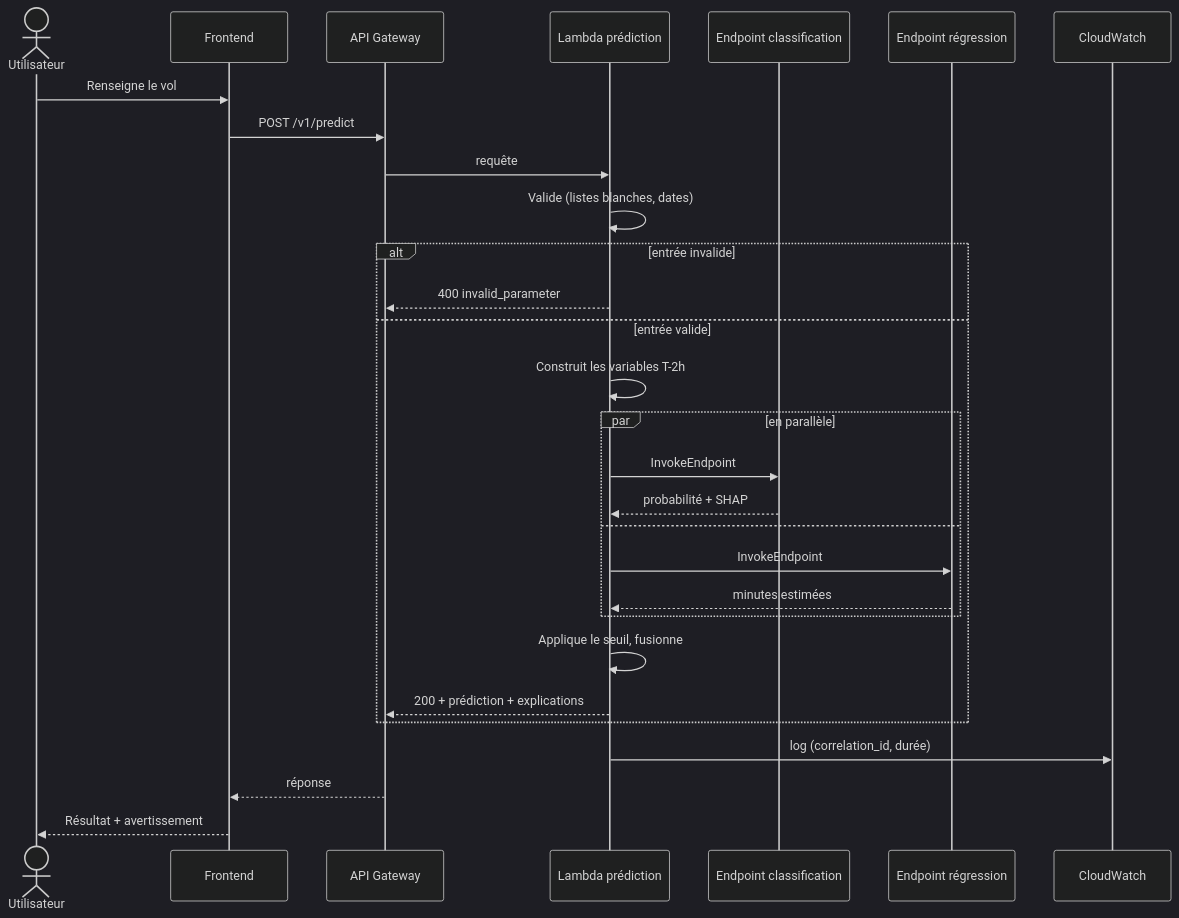
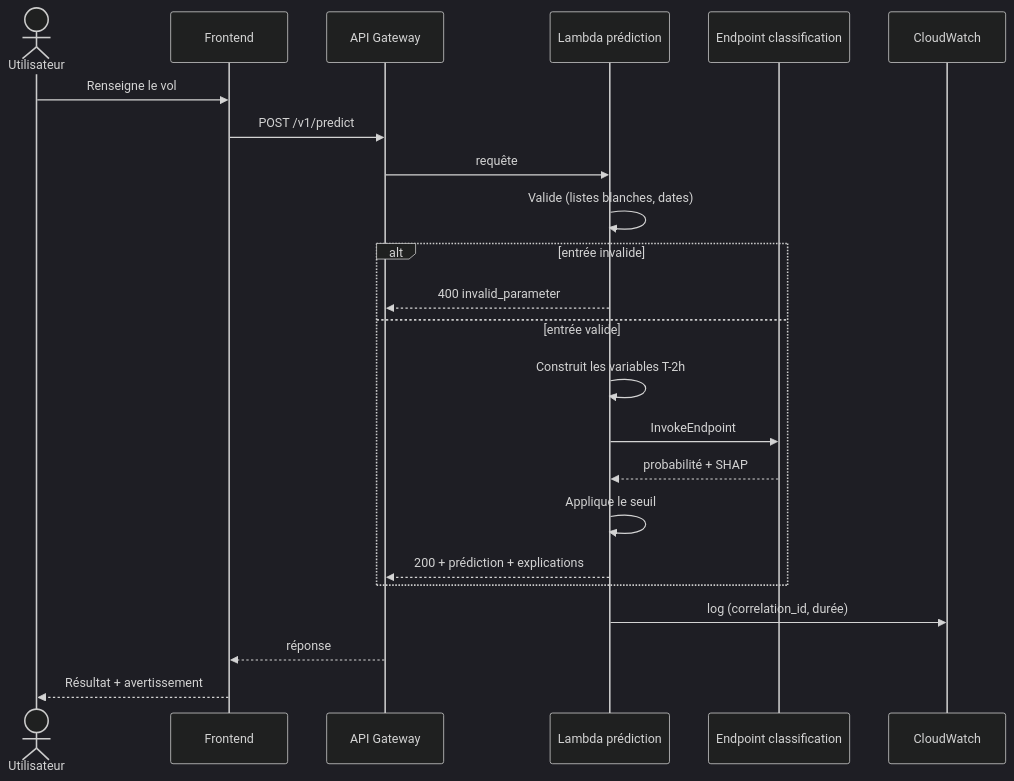
The first of 4 diagrams in docs/02-architecture/diagrams/sequences.md (khaoula-mechria/whereismyplane), drawn with Mermaid (dark theme) before and after one commit. The commit also changed other lines of this file and 31 other files, not shown here.

````diff
--- a/docs/02-architecture/diagrams/sequences.md
+++ b/docs/02-architecture/diagrams/sequences.md
@@ -7,32 +7,26 @@
 ```mermaid
 sequenceDiagram
     actor U as Utilisateur
     participant FE as Frontend
     participant AG as API Gateway
     participant LP as Lambda prédiction
     participant SC as Endpoint classification
-    participant SR as Endpoint régression
     participant CW as CloudWatch
 
     U->>FE: Renseigne le vol
     FE->>AG: POST /v1/predict
     AG->>LP: requête
     LP->>LP: Valide (listes blanches, dates)
     alt entrée invalide
         LP-->>AG: 400 invalid_parameter
     else entrée valide
         LP->>LP: Construit les variables T-2h
-        par en parallèle
-            LP->>SC: InvokeEndpoint
-            SC-->>LP: probabilité + SHAP
-        and
-            LP->>SR: InvokeEndpoint
-            SR-->>LP: minutes estimées
-        end
-        LP->>LP: Applique le seuil, fusionne
+        LP->>SC: InvokeEndpoint
+        SC-->>LP: probabilité + SHAP
+        LP->>LP: Applique le seuil
         LP-->>AG: 200 + prédiction + explications
     end
     LP->>CW: log (correlation_id, durée)
     AG-->>FE: réponse
     FE-->>U: Résultat + avertissement
 ```
````
